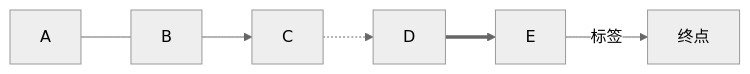
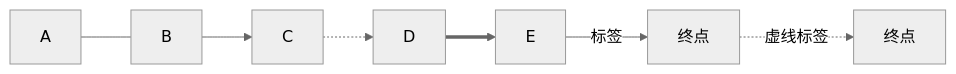
One commit to dasiwocom/wiki changed the second of 10 diagrams in content/Markdown/Mermaid图.md. Above: the diagram before and after it, drawn with Mermaid (neutral theme). The commit also changed other lines of this file and 4 other files, not shown here.

````diff
--- a/content/Markdown/Mermaid图.md
+++ b/content/Markdown/Mermaid图.md
@@ -24,8 +53,9 @@
 ```mermaid
 graph LR
   A --- B
   B --> C
   C -.-> D
   D ==> E
   E --标签--> F[终点]
+  F -. 虚线标签 .-> G[终点]
 ```
````
